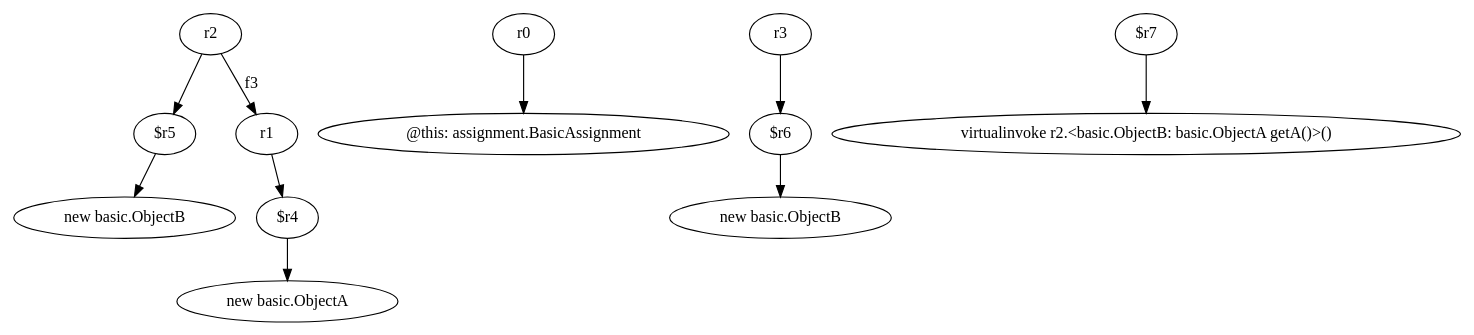
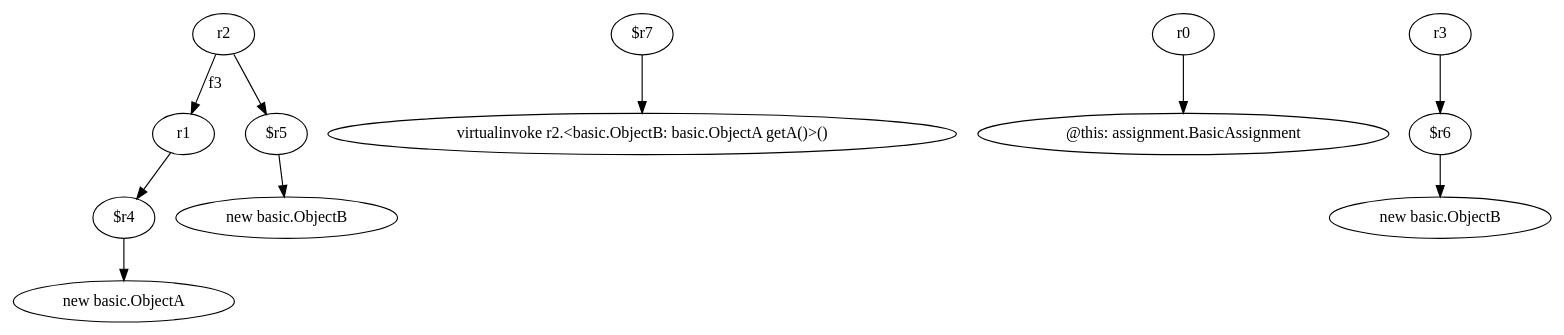
One commit to SeanCoek/zString changed the diagram in relation/<assignment.BasicAssignment: void call2param()>.dot. Above: the diagram before and after it, drawn with Graphviz. The commit also changed 86 other files, not shown here.

```diff
--- a/relation/<assignment.BasicAssignment: void call2param()>.dot
+++ b/relation/<assignment.BasicAssignment: void call2param()>.dot
@@ -1,24 +1,24 @@
 digraph g {
-0[label="$r5"]
-1[label="new basic.ObjectB"]
+0[label="$r4"]
+1[label="new basic.ObjectA"]
 0->1[label=""]
 2[label="r1"]
-3[label="$r4"]
-2->3[label=""]
-4[label="r2"]
-4->0[label=""]
-5[label="new basic.ObjectA"]
-3->5[label=""]
-6[label="r0"]
-7[label="@this: assignment.BasicAssignment"]
-6->7[label=""]
-4->2[label="f3"]
-8[label="$r6"]
-9[label="new basic.ObjectB"]
-8->9[label=""]
-10[label="r3"]
-10->8[label=""]
-11[label="$r7"]
-12[label="virtualinvoke r2.<basic.ObjectB: basic.ObjectA getA()>()"]
-11->12[label=""]
+2->0[label=""]
+3[label="r2"]
+4[label="$r5"]
+3->4[label=""]
+5[label="$r7"]
+6[label="virtualinvoke r2.<basic.ObjectB: basic.ObjectA getA()>()"]
+5->6[label=""]
+7[label="r0"]
+8[label="@this: assignment.BasicAssignment"]
+7->8[label=""]
+9[label="$r6"]
+10[label="new basic.ObjectB"]
+9->10[label=""]
+3->2[label="f3"]
+11[label="new basic.ObjectB"]
+4->11[label=""]
+12[label="r3"]
+12->9[label=""]
 }
```
